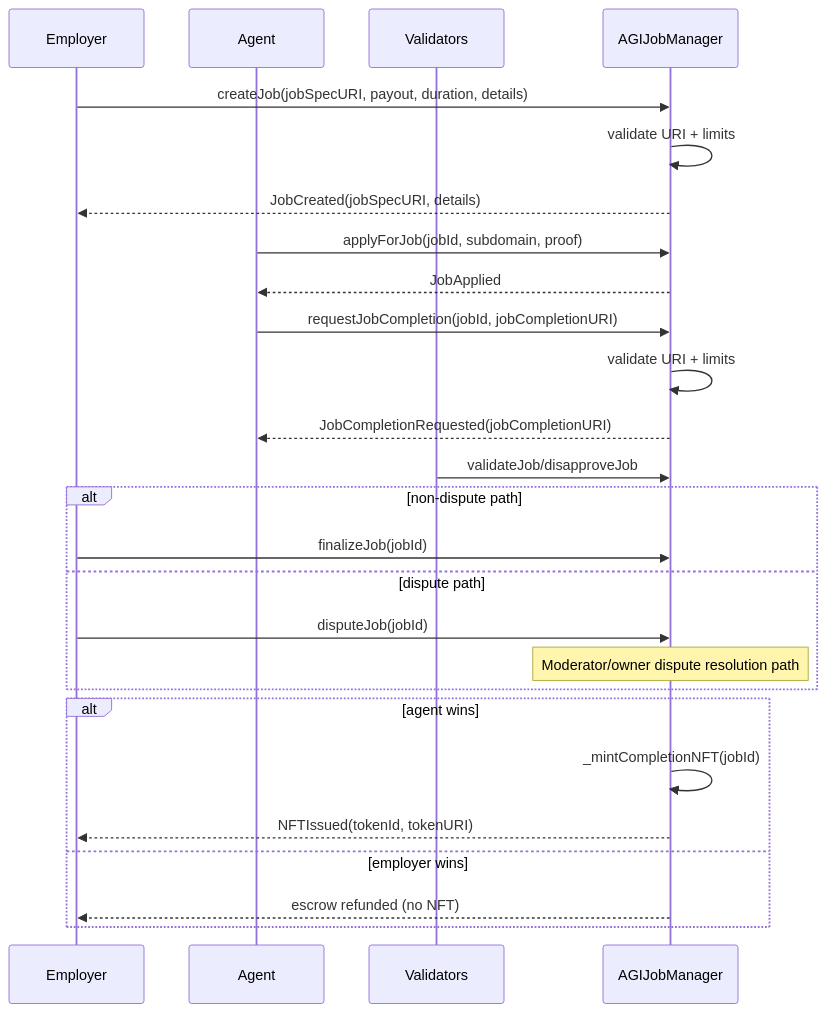
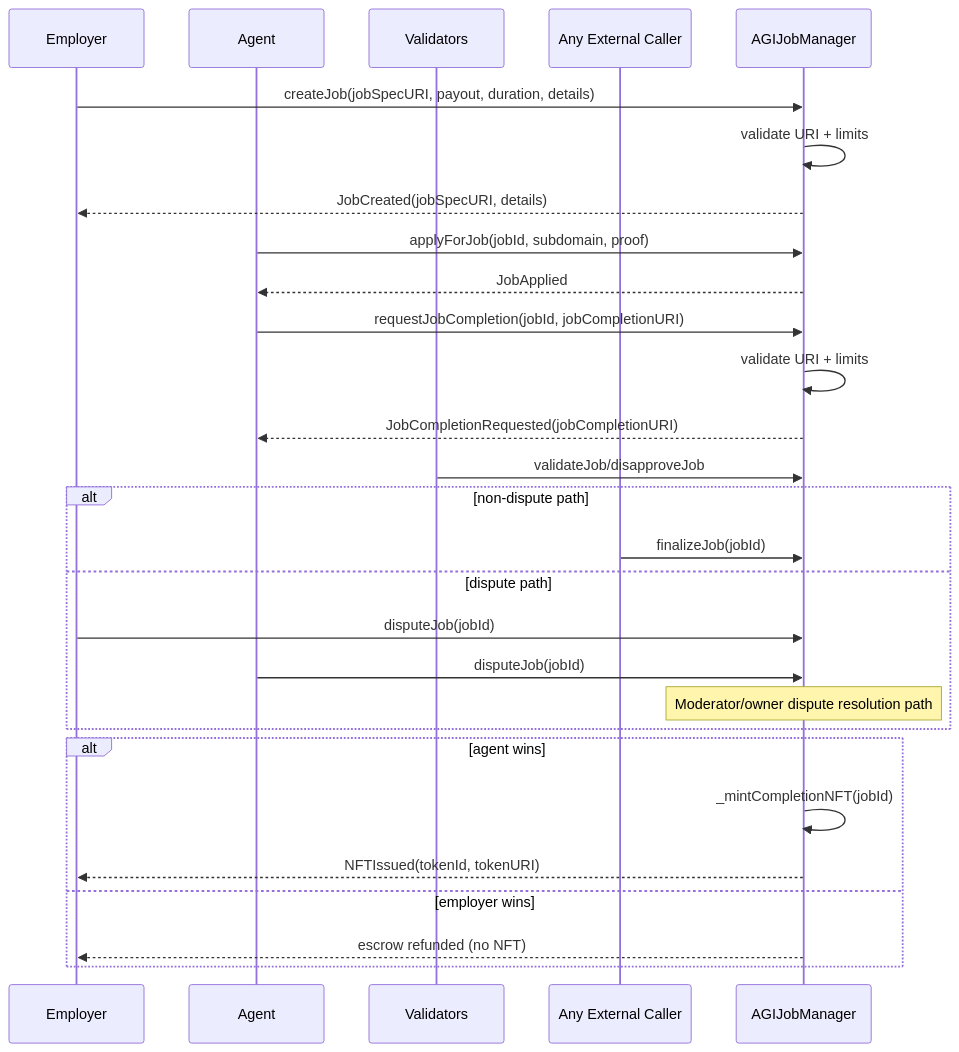
Before and after one commit to MontrealAI/AGIJobManager: the first of 2 diagrams in docs/REFERENCE/URIS_JOBSPEC_AND_COMPLETION.md, drawn with Mermaid. The commit also changed other lines of this file, not shown here.

Commit message:
docs: correct finalize/dispute caller roles in URI lifecycle

````diff
--- a/docs/REFERENCE/URIS_JOBSPEC_AND_COMPLETION.md
+++ b/docs/REFERENCE/URIS_JOBSPEC_AND_COMPLETION.md
@@ -43,34 +44,36 @@
 ```mermaid
 sequenceDiagram
     participant Employer
     participant Agent
     participant Validators
+    participant Caller as Any External Caller
     participant Contract as AGIJobManager
 
     Employer->>Contract: createJob(jobSpecURI, payout, duration, details)
     Contract->>Contract: validate URI + limits
     Contract-->>Employer: JobCreated(jobSpecURI, details)
 
     Agent->>Contract: applyForJob(jobId, subdomain, proof)
     Contract-->>Agent: JobApplied
 
     Agent->>Contract: requestJobCompletion(jobId, jobCompletionURI)
     Contract->>Contract: validate URI + limits
     Contract-->>Agent: JobCompletionRequested(jobCompletionURI)
 
     Validators->>Contract: validateJob/disapproveJob
 
     alt non-dispute path
-        Employer->>Contract: finalizeJob(jobId)
+        Caller->>Contract: finalizeJob(jobId)
     else dispute path
         Employer->>Contract: disputeJob(jobId)
+        Agent->>Contract: disputeJob(jobId)
         Note over Contract: Moderator/owner dispute resolution path
     end
 
     alt agent wins
         Contract->>Contract: _mintCompletionNFT(jobId)
         Contract-->>Employer: NFTIssued(tokenId, tokenURI)
     else employer wins
         Contract-->>Employer: escrow refunded (no NFT)
     end
 ```
````
